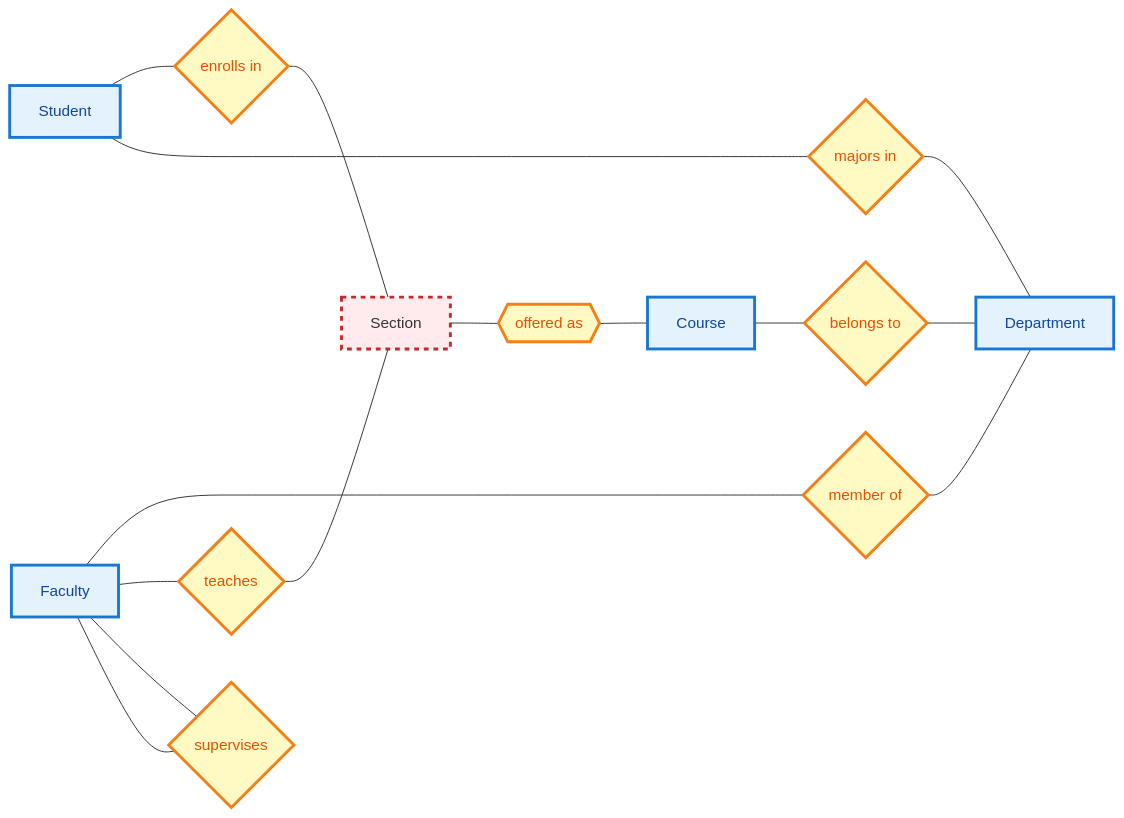
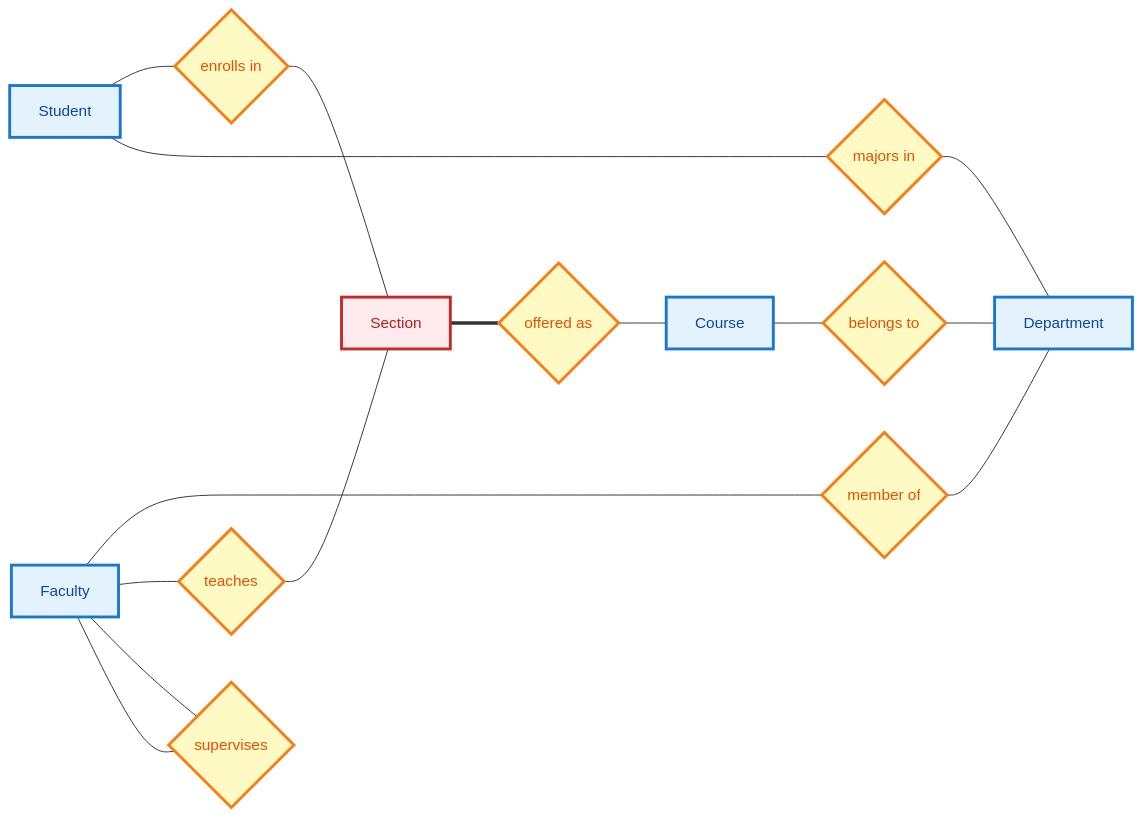
Diagram 13 of 17 in lecture-outlines/day6-er-modeling/slides.md (ufdatastudio/cop5725fa26), drawn with Mermaid before and after one commit. The commit also changed other lines of this file and 11 other files, not shown here.

First line of the commit message:
docs: adopt textbook ER marks and add design-decision slides to day 6

````diff
--- a/lecture-outlines/day6-er-modeling/slides.md
+++ b/lecture-outlines/day6-er-modeling/slides.md
@@ -715,17 +748,17 @@
 ```mermaid
 graph LR
-  S["Student"] --- E{"enrolls in"} --- Sec["Section"]
-  Sec --- O{{"offered as"}} --- C["Course"]
+  S["Student"] --- E{"enrolls in"} --- Sec["<span class='weak-inner'>Section</span>"]
+  Sec === O{"offered as"} --- C["Course"]
   C --- B{"belongs to"} --- D["Department"]
   F["Faculty"] --- M{"member of"} --- D
   F --- T{"teaches"} --- Sec
   S --- Maj{"majors in"} --- D
   F --- Sup{"supervises"} --- F
   classDef entity fill:#e3f2fd,stroke:#1976d2,stroke-width:3px,color:#0d47a1
   classDef rel fill:#fff9c4,stroke:#f57f17,stroke-width:3px,color:#e65100
-  classDef weak fill:#ffebee,stroke:#c62828,stroke-width:3px,stroke-dasharray:5 5
+  classDef weak fill:#ffebee,stroke:#c62828,stroke-width:3px,color:#b71c1c
   class S,C,F,D entity
   class Sec weak
   class O rel
   class E,B,M,T,Maj,Sup rel
 ```
````
